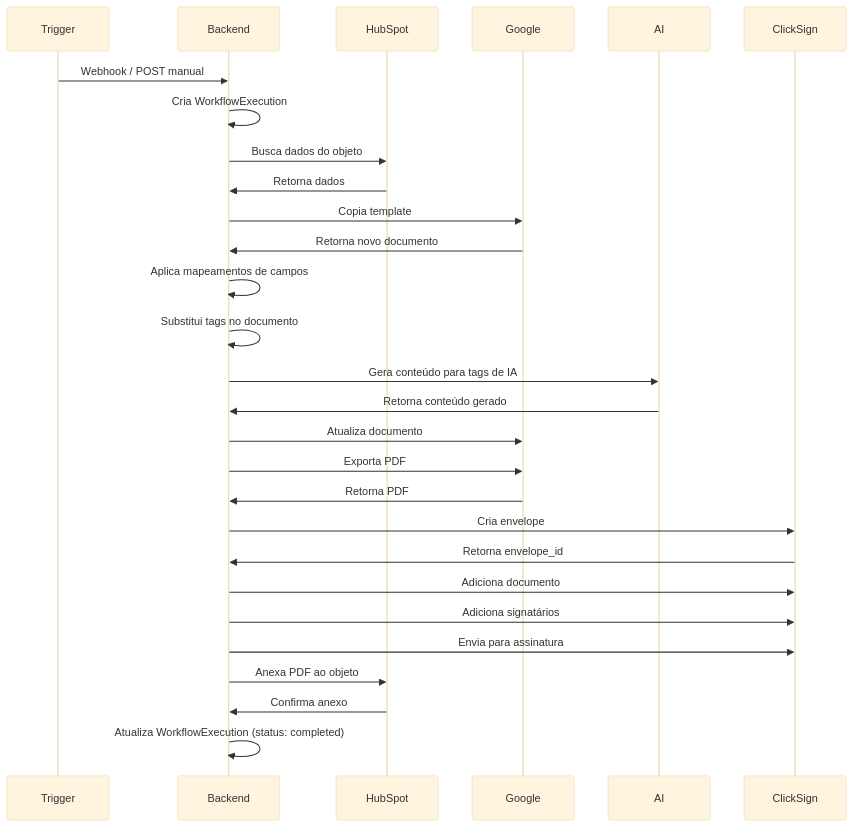
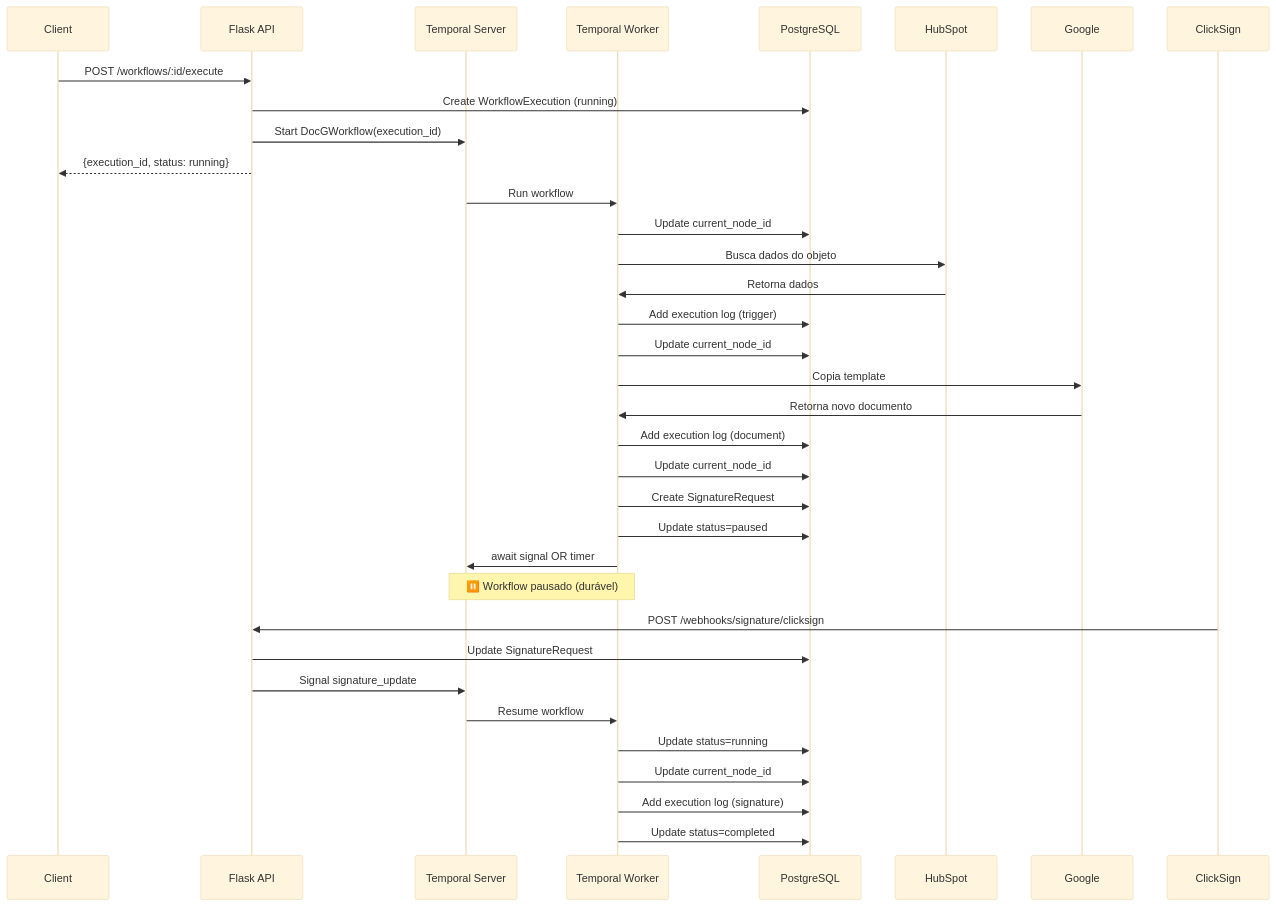
Before and after one commit to eduals/docg-backend: the fourth of 6 diagrams in ARCHITECTURE.md, drawn with Mermaid (base theme). The commit also changed other lines of this file and 5 other files, not shown here.

First line of the commit message:
Integrate Temporal for asynchronous workflow execution

````diff
--- a/ARCHITECTURE.md
+++ b/ARCHITECTURE.md
@@ -652,38 +683,44 @@
 ```mermaid
 sequenceDiagram
-    participant Trigger
-    participant Backend
+    participant Client
+    participant API as Flask API
+    participant Temporal as Temporal Server
+    participant Worker as Temporal Worker
+    participant DB as PostgreSQL
     participant HubSpot
     participant Google
-    participant AI
     participant ClickSign
 
-    Trigger->>Backend: Webhook / POST manual
-    Backend->>Backend: Cria WorkflowExecution
-    Backend->>HubSpot: Busca dados do objeto
-    HubSpot->>Backend: Retorna dados
+    Client->>API: POST /workflows/:id/execute
+    API->>DB: Create WorkflowExecution (running)
+    API->>Temporal: Start DocGWorkflow(execution_id)
+    API-->>Client: {execution_id, status: running}
     
-    Backend->>Google: Copia template
-    Google->>Backend: Retorna novo documento
+    Temporal->>Worker: Run workflow
+    Worker->>DB: Update current_node_id
+    Worker->>HubSpot: Busca dados do objeto
+    HubSpot->>Worker: Retorna dados
+    Worker->>DB: Add execution log (trigger)
     
-    Backend->>Backend: Aplica mapeamentos de campos
-    Backend->>Backend: Substitui tags no documento
+    Worker->>DB: Update current_node_id
+    Worker->>Google: Copia template
+    Google->>Worker: Retorna novo documento
+    Worker->>DB: Add execution log (document)
     
-    Backend->>AI: Gera conteúdo para tags de IA
-    AI->>Backend: Retorna conteúdo gerado
-    Backend->>Google: Atualiza documento
+    Worker->>DB: Update current_node_id
+    Worker->>DB: Create SignatureRequest
+    Worker->>DB: Update status=paused
+    Worker->>Temporal: await signal OR timer
     
-    Backend->>Google: Exporta PDF
-    Google->>Backend: Retorna PDF
+    Note over Worker,Temporal: ⏸️ Workflow pausado (durável)
     
-    Backend->>ClickSign: Cria envelope
-    ClickSign->>Backend: Retorna envelope_id
-    Backend->>ClickSign: Adiciona documento
-    Backend->>ClickSign: Adiciona signatários
-    Backend->>ClickSign: Envia para assinatura
+    ClickSign->>API: POST /webhooks/signature/clicksign
+    API->>DB: Update SignatureRequest
+    API->>Temporal: Signal signature_update
+    Temporal->>Worker: Resume workflow
     
-    Backend->>HubSpot: Anexa PDF ao objeto
-    HubSpot->>Backend: Confirma anexo
-    
-    Backend->>Backend: Atualiza WorkflowExecution (status: completed)
+    Worker->>DB: Update status=running
+    Worker->>DB: Update current_node_id
+    Worker->>DB: Add execution log (signature)
+    Worker->>DB: Update status=completed
 ```
````
